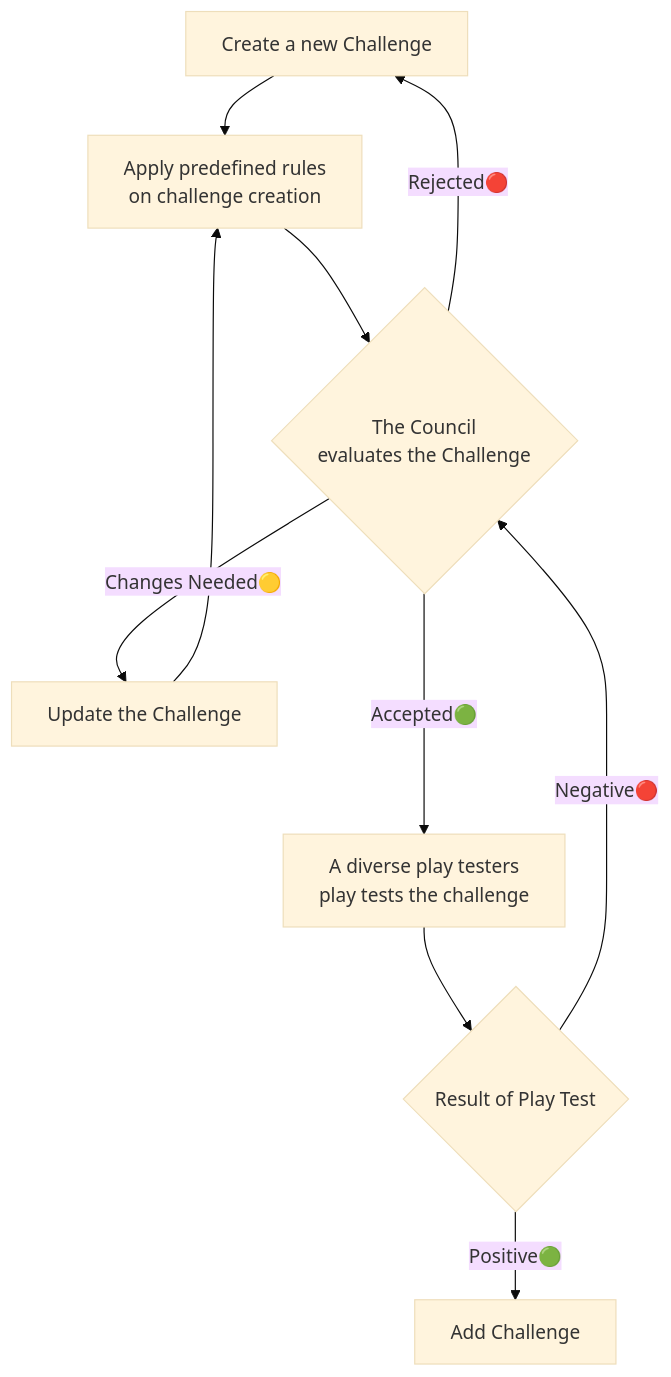
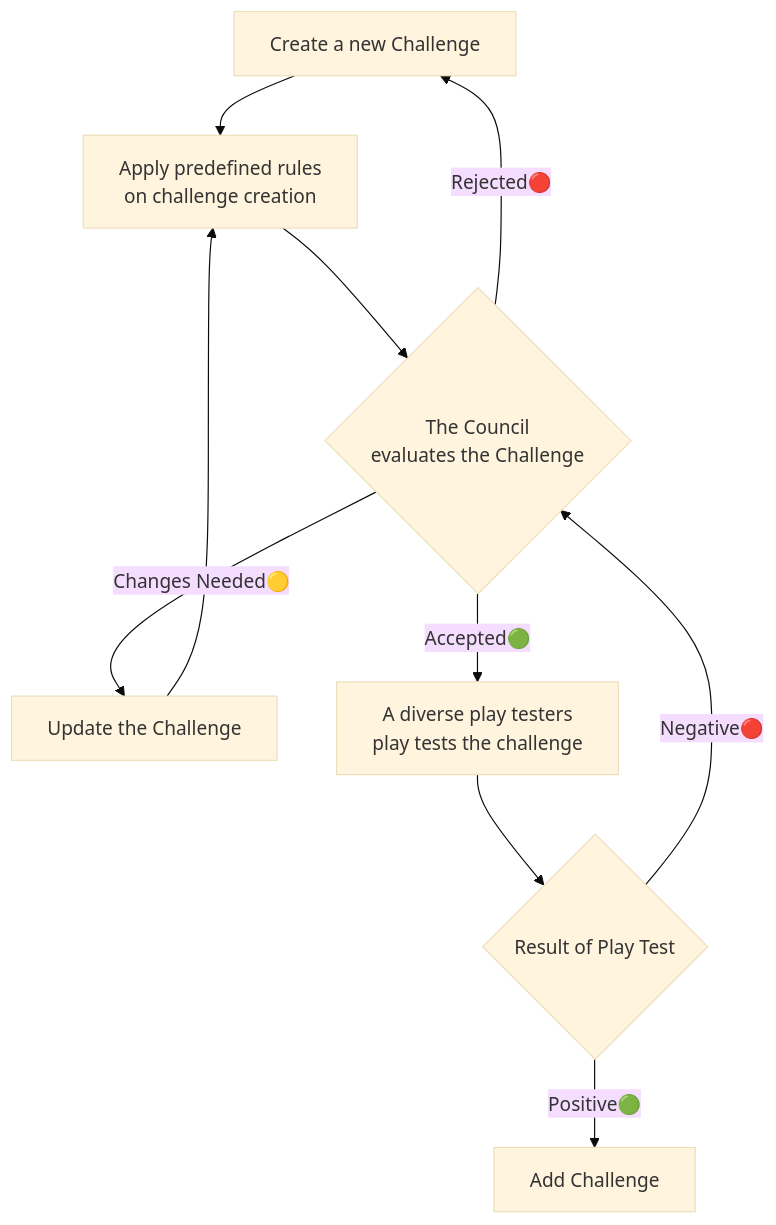
Before and after one commit to Mebanseibor/Cyber-Security-Hackathon: the second of 2 diagrams in README.md, drawn with Mermaid (base theme). The commit also changed other lines of this file and 1 other file, not shown here.

Commit message:
Renamed mermaid's nodes

````diff
--- a/README.md
+++ b/README.md
@@ -73,26 +71,26 @@
 ```mermaid
 graph TB
     %%Node definition
-        CC[Create Challenge]
-        CU[Challenge Update]
-        FG[Follow Guidelines]
-        CA{Council Approval}
-        AC[Add Challenge]
-        PT[Play Test]
-        PTR{Play Test Result}
+        CreateChallenge[Create Challenge]
+        ChallengeUpdate[Challenge Update]
+        FollowGuidelines[Follow Guidelines]
+        CouncilApproval{Council Approval}
+        AddChallenge[Add Challenge]
+        PlayTest[Play Test]
+        PlayTestResult{Play Test Result}
 
-    CC[Create a new Challenge]-->FG[Apply predefined rules<br>on challenge creation]
-    FG-->CA{The Council<br>evaluates the Challenge}
+    CreateChallenge[Create a new Challenge]-->FollowGuidelines[Apply predefined rules<br>on challenge creation]
+    FollowGuidelines-->CouncilApproval{The Council<br>evaluates the Challenge}
 
     %%Challenge Acceptance
-        CA--Accepted🟢--->PT
-        CA--Rejected🔴-->CC
-        CA--Changes Needed🟡-->CU[Update the Challenge]
-        CU-->FG
+        CouncilApproval --> |Accepted🟢| PlayTest
+        CouncilApproval --> |Rejected🔴| CreateChallenge
+        CouncilApproval --> |Changes Needed🟡| ChallengeUpdate[Update the Challenge]
     
+    ChallengeUpdate --> FollowGuidelines
     %%Play Test
-    PT[A diverse play testers<br>play tests the challenge]-->PTR{Result of Play Test}
-    PTR--Positive🟢-->AC
-    PTR--Negative🔴-->CA
+        PlayTest[A diverse play testers<br>play tests the challenge] --> PlayTestResult{Result of Play Test}
+        PlayTestResult --> |Positive🟢| AddChallenge
+        PlayTestResult --> |Negative🔴| CouncilApproval
 
 ```
````
